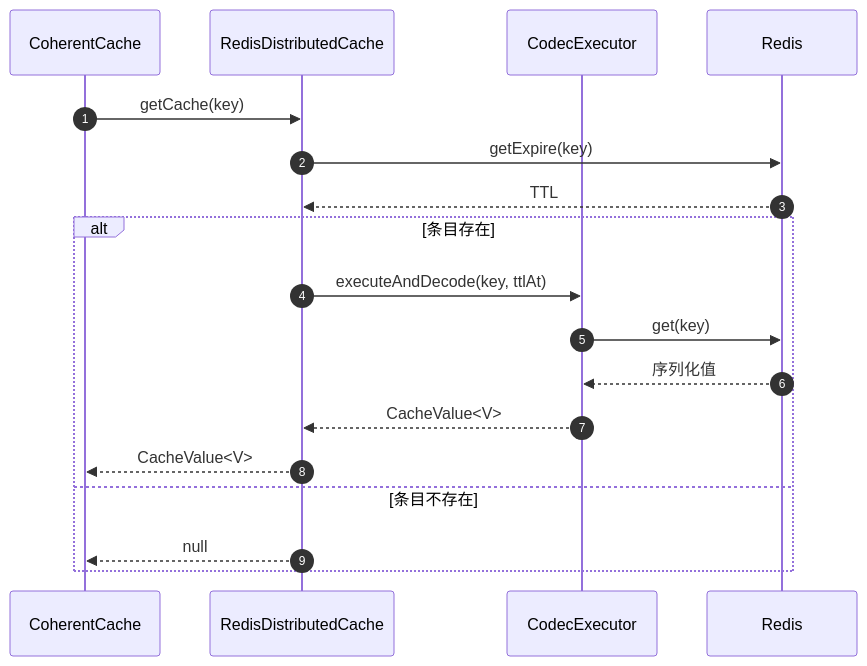
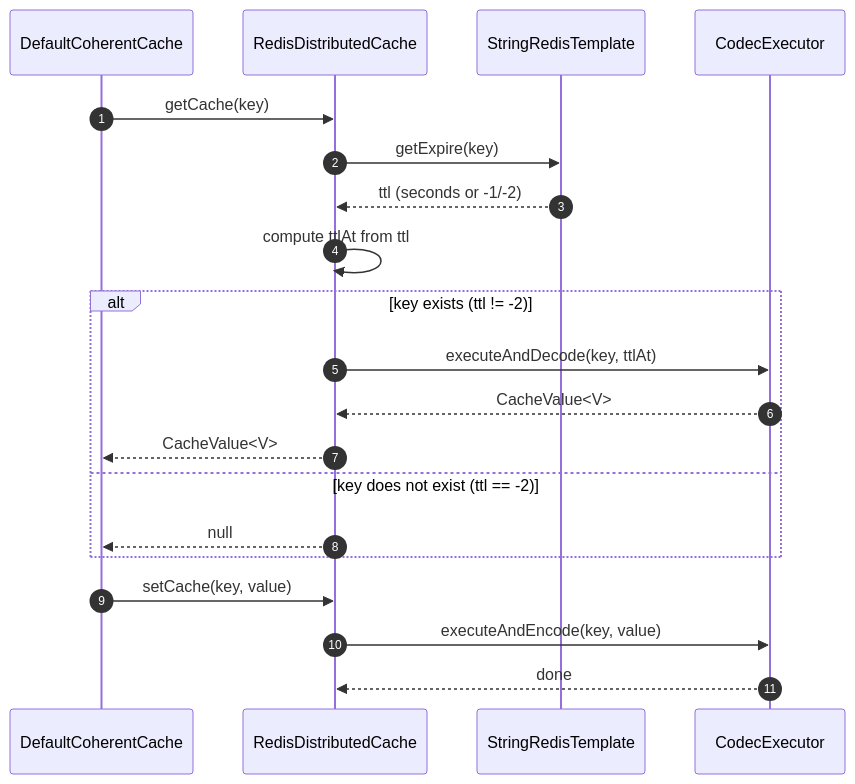
Before and after one commit to Ahoo-Wang/CoCache: the third of 5 diagrams in wiki/zh/architecture/cache-layers.md, drawn with Mermaid. The commit also changed other lines of this file and 25 other files, not shown here.

````diff
--- a/wiki/zh/architecture/cache-layers.md
+++ b/wiki/zh/architecture/cache-layers.md
@@ -81,22 +145,25 @@
 ```mermaid
 sequenceDiagram
 autonumber
-    participant C as CoherentCache
-    participant R as RedisDistributedCache
+    participant CC as DefaultCoherentCache
+    participant DC as RedisDistributedCache
+    participant RT as StringRedisTemplate
     participant CE as CodecExecutor
-    participant Redis as Redis
 
-    C->>R: getCache(key)
-    R->>Redis: getExpire(key)
-    Redis-->>R: TTL
-    alt 条目存在
-        R->>CE: executeAndDecode(key, ttlAt)
-        CE->>Redis: get(key)
-        Redis-->>CE: 序列化值
-        CE-->>R: CacheValue<V>
-        R-->>C: CacheValue<V>
-    else 条目不存在
-        R-->>C: null
+    CC->>DC: getCache(key)
+    DC->>RT: getExpire(key)
+    RT-->>DC: ttl (seconds or -1/-2)
+    DC->>DC: compute ttlAt from ttl
+
+    alt key exists (ttl != -2)
+        DC->>CE: executeAndDecode(key, ttlAt)
+        CE-->>DC: CacheValue<V>
+        DC-->>CC: CacheValue<V>
+    else key does not exist (ttl == -2)
+        DC-->>CC: null
     end
 
+    CC->>DC: setCache(key, value)
+    DC->>CE: executeAndEncode(key, value)
+    CE-->>DC: done
 ```
````
